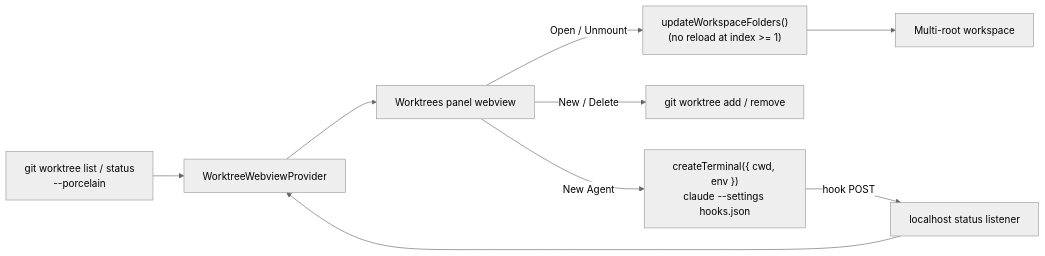
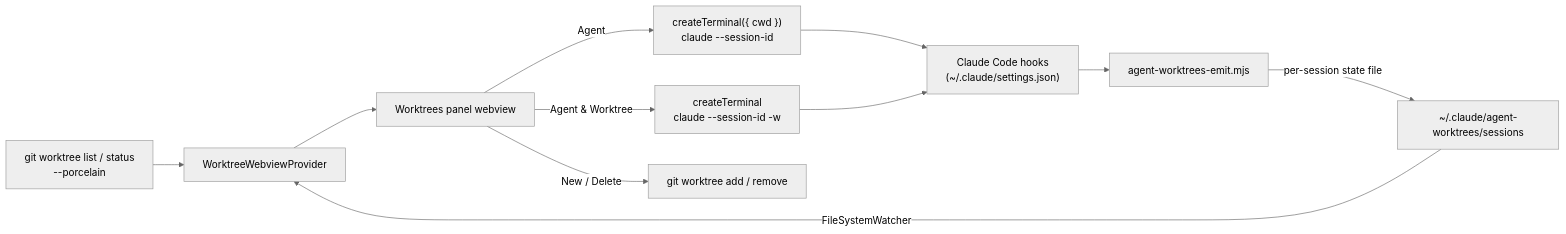
The diagram in README.md (BradenTerry/agent-worktrees), drawn with Mermaid (neutral theme) before and after one commit. The commit also changed other lines of this file and 7 other files, not shown here.

First line of the commit message:
Rebrand to Agent Worktrees and update docs

````diff
--- a/README.md
+++ b/README.md
@@ -64,11 +86,13 @@
 ```mermaid
 flowchart LR
     G["git worktree list / status<br/>--porcelain"] --> P[WorktreeWebviewProvider]
     P --> V[Worktrees panel webview]
-    V -->|Open / Unmount| U["updateWorkspaceFolders()<br/>(no reload at index >= 1)"]
+    V -->|Agent| T["createTerminal({ cwd })<br/>claude --session-id"]
+    V -->|Agent & Worktree| TW["createTerminal<br/>claude --session-id -w"]
     V -->|New / Delete| WT["git worktree add / remove"]
-    V -->|New Agent| T["createTerminal({ cwd, env })<br/>claude --settings hooks.json"]
-    T -->|hook POST| L["localhost status listener"]
-    L --> P
-    U --> W[Multi-root workspace]
+    H["Claude Code hooks<br/>(~/.claude/settings.json)"] --> E["agent-worktrees-emit.mjs"]
+    E -->|per-session state file| S["~/.claude/agent-worktrees/sessions"]
+    S -->|FileSystemWatcher| P
+    T --> H
+    TW --> H
 ```
````
